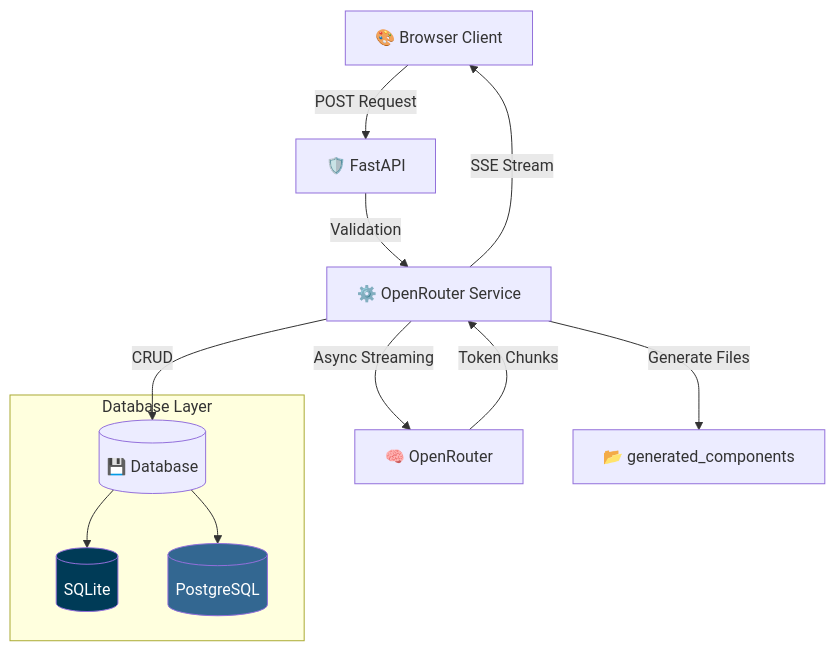
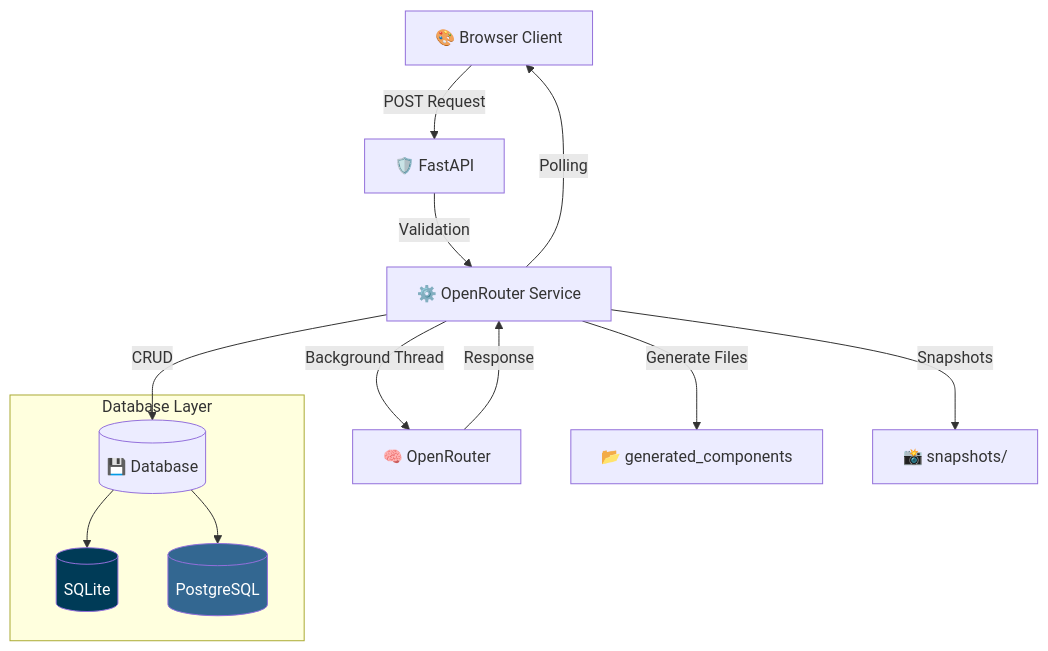
Before and after one commit to saeidsaadatigero/OpenRouter_API_aggregator_with-Owl-Alpha: the diagram in README.md, drawn with Mermaid. The commit also changed other lines of this file, not shown here.

````diff
--- a/README.md
+++ b/README.md
@@ -40,21 +45,22 @@
 ```mermaid
 graph TD
     Client[🎨 Browser Client] -->|POST Request| FastAPI[🛡️ FastAPI]
     FastAPI -->|Validation| Service[⚙️ OpenRouter Service]
 
-    Service -->|Async Streaming| OpenRouter[🧠 OpenRouter]
-    OpenRouter -->|Token Chunks| Service
+    Service -->|Background Thread| OpenRouter[🧠 OpenRouter]
+    OpenRouter -->|Response| Service
 
-    Service -->|SSE Stream| Client
+    Service -->|Polling| Client
     Service -->|CRUD| DB[(💾 Database)]
 
     subgraph Database Layer
         DB --> SQLite[(SQLite)]
         DB --> PostgreSQL[(PostgreSQL)]
     end
 
     Service -->|Generate Files| Sandbox[📂 generated_components]
+    Service -->|Snapshots| SnapDir[📸 snapshots/]
 
     style SQLite fill:#003B57,color:#fff
     style PostgreSQL fill:#336791,color:#fff
 ```
````
